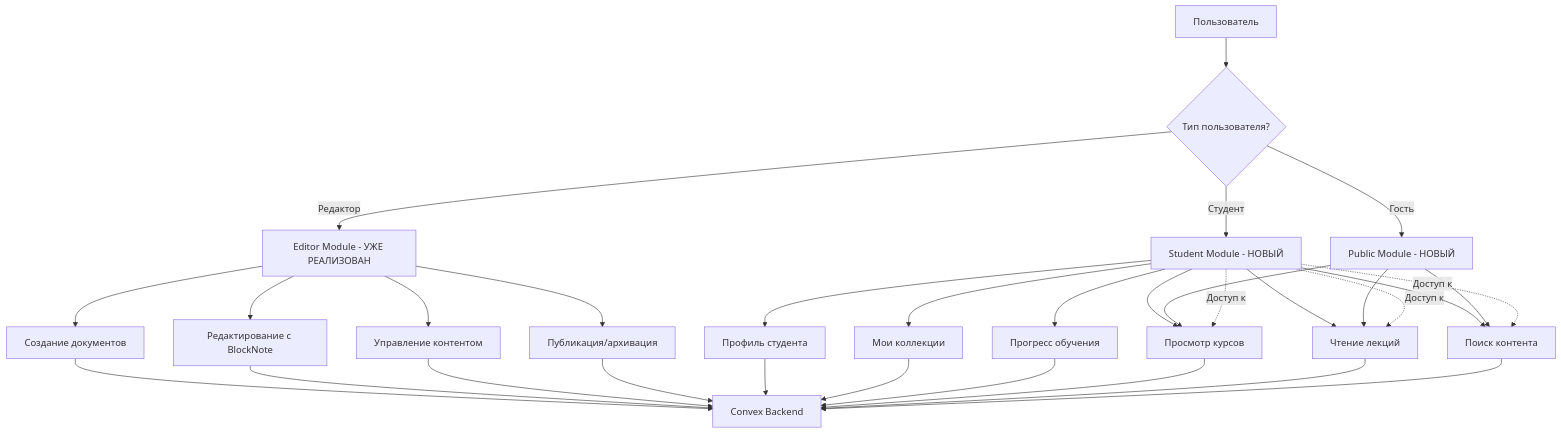
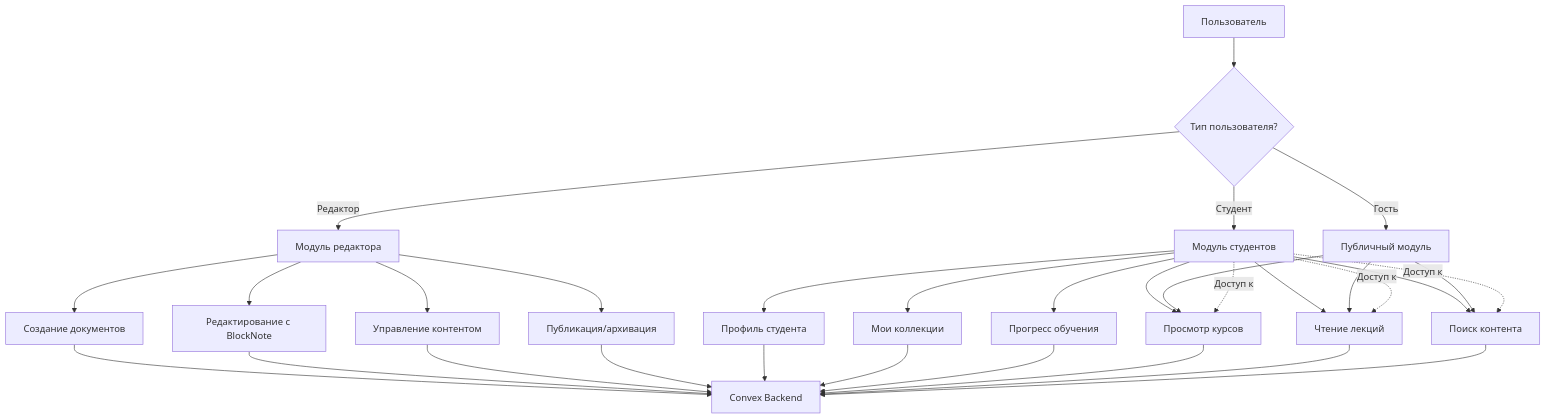
Before and after one commit to a1x02/BiGOR_2.0: the fifth of 11 diagrams in ARCHITECTURE_DIAGRAM.md, drawn with Mermaid. The commit also changed other lines of this file, not shown here.

````diff
--- a/ARCHITECTURE_DIAGRAM.md
+++ b/ARCHITECTURE_DIAGRAM.md
@@ -237,40 +237,40 @@
 ```mermaid
 flowchart TD
     A[Пользователь] --> B{Тип пользователя?}
 
-    B -->|Редактор| C[Editor Module - УЖЕ РЕАЛИЗОВАН]
-    B -->|Студент| D[Student Module - НОВЫЙ]
-    B -->|Гость| E[Public Module - НОВЫЙ]
+    B -->|Редактор| C[Модуль редактора]
+    B -->|Студент| D[Модуль студентов]
+    B -->|Гость| E[Публичный модуль]
 
     C --> F[Создание документов]
     C --> G[Редактирование с BlockNote]
     C --> H[Управление контентом]
     C --> I[Публикация/архивация]
 
     D --> J[Профиль студента]
     D --> K[Мои коллекции]
     D --> L[Прогресс обучения]
     D --> M[Просмотр курсов]
     D --> N[Чтение лекций]
     D --> O[Поиск контента]
 
     E --> M
     E --> N
     E --> O
 
     F --> P[Convex Backend]
     G --> P
     H --> P
     I --> P
     J --> P
     K --> P
     L --> P
     M --> P
     N --> P
     O --> P
 
     %% Показываем что студент имеет доступ к функциям гостя
     D -.->|Доступ к| M
     D -.->|Доступ к| N
     D -.->|Доступ к| O
 ```
````
